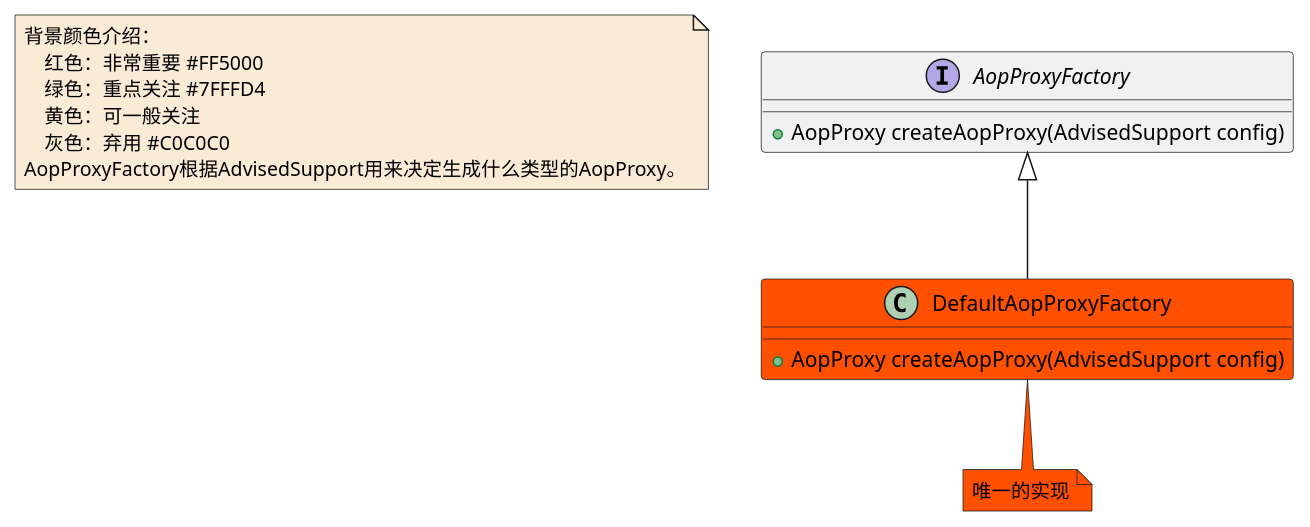
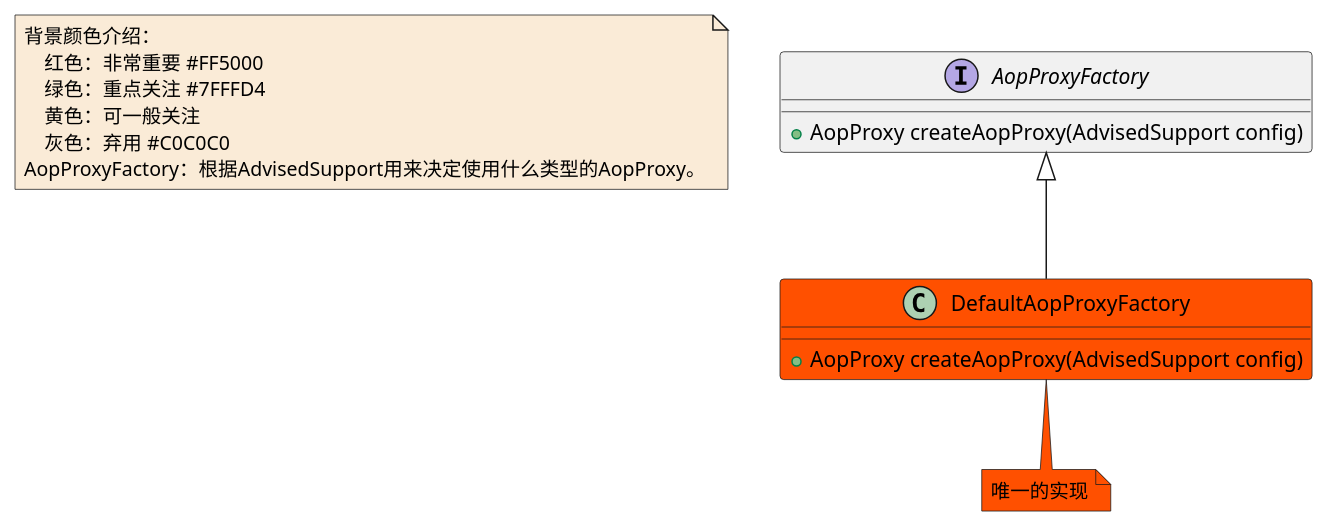
Before and after one commit to czwer/learn-spring-code: the diagram in document/spring/base/class/AOP-AopProxyFactory-class.puml, drawn with PlantUML. The commit also changed 5 other files, not shown here.

Commit message:
修改AOP相关类图

```diff
--- a/document/spring/base/class/AOP-AopProxyFactory-class.puml
+++ b/document/spring/base/class/AOP-AopProxyFactory-class.puml
@@ -1,23 +1,23 @@
 @startuml
 
 note  as N1 #FAEBD7
     背景颜色介绍：
         红色：非常重要 #FF5000
         绿色：重点关注 #7FFFD4
         黄色：可一般关注
         灰色：弃用 #C0C0C0
-    AopProxyFactory根据AdvisedSupport用来决定生成什么类型的AopProxy。
+    AopProxyFactory：根据AdvisedSupport用来决定使用什么类型的AopProxy。
 end note
 
 
 interface AopProxyFactory
 AopProxyFactory : +AopProxy createAopProxy(AdvisedSupport config)
 class DefaultAopProxyFactory #FF5000
 DefaultAopProxyFactory : +AopProxy createAopProxy(AdvisedSupport config)
 note bottom #FF5000 : 唯一的实现
 
 
 AopProxyFactory <|-- DefaultAopProxyFactory
 
 
 @enduml
```
